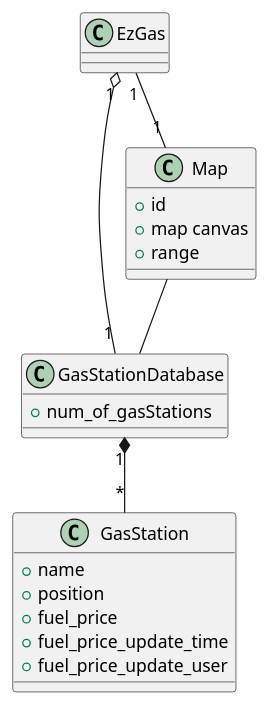
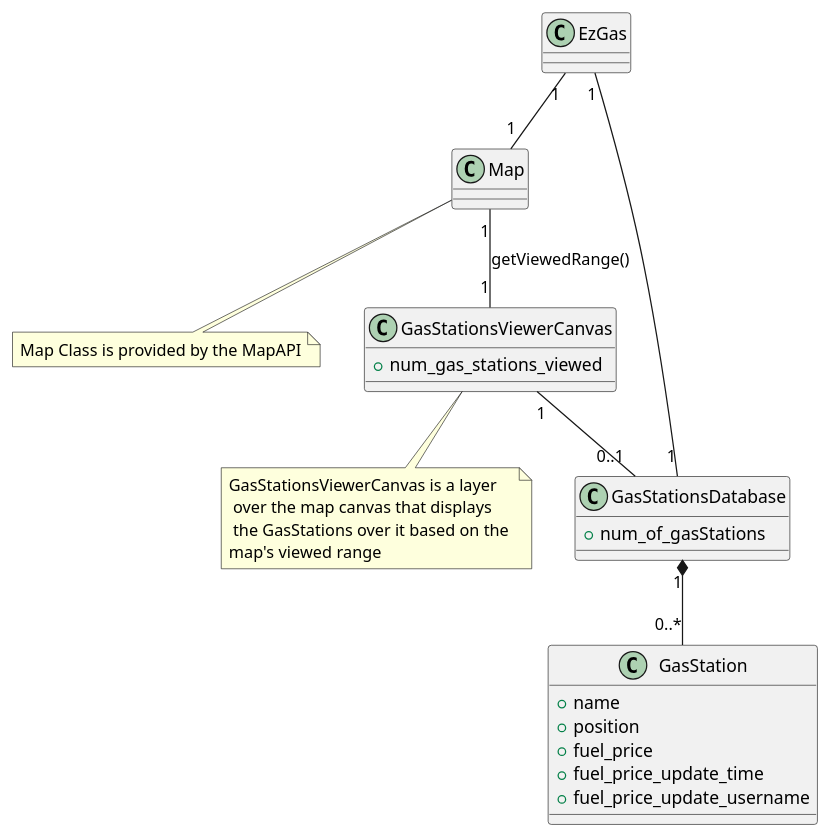
One commit to SoftengPoliTo/Lab2 changed the third of 4 diagrams in REQ_s277941.md. Above: the diagram before and after it, drawn with PlantUML. The commit also changed other lines of this file, not shown here.

````diff
--- a/REQ_s277941.md
+++ b/REQ_s277941.md
@@ -123,28 +135,39 @@
 ```plantuml
 class EzGas
 
 class Map {
-+ id
-+ map canvas
-+ range
+
 }
 
-class GasStationDatabase {
+class GasStationsDatabase {
 
     + num_of_gasStations
 }
 
 class GasStation {
-+ name
-+ position
-+ fuel_price
-+ fuel_price_update_time
-+ fuel_price_update_user
+    + name
+    + position
+    + fuel_price
+    + fuel_price_update_time
+    + fuel_price_update_username
 }
 
+class GasStationsViewerCanvas {
+
+    + num_gas_stations_viewed
+}
+
+note "Map Class is provided by the MapAPI" as N1
+note "GasStationsViewerCanvas is a layer\n over the map canvas that displays\n the GasStations over it based on the \nmap's viewed range" as N2
+
 EzGas "1" -- "1" Map
-EzGas "1" o- "1" GasStationDatabase
-GasStationDatabase "1" *-- "*"GasStation
-Map -- GasStationDatabase
+EzGas "1" -- "1" GasStationsDatabase
+GasStationsDatabase "1" *-- "0..*" GasStation
+GasStationsViewerCanvas "1" -- "0..1" GasStationsDatabase
+Map "1" -- "1" GasStationsViewerCanvas : getViewedRange()
+
+Map .. N1
+GasStationsViewerCanvas .. N2
+
 
 ```
````
